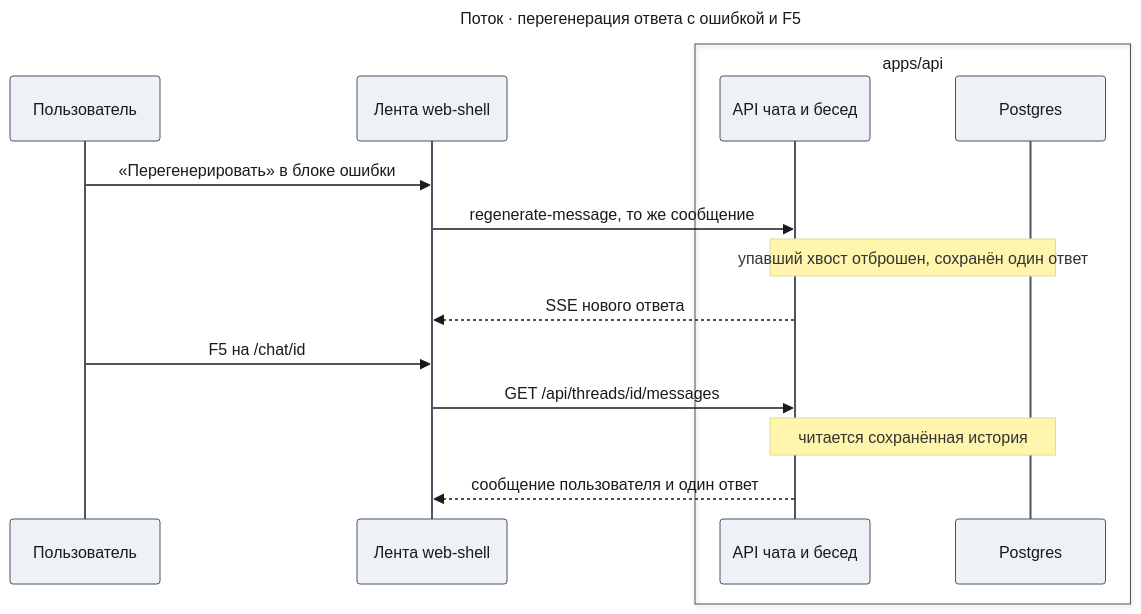
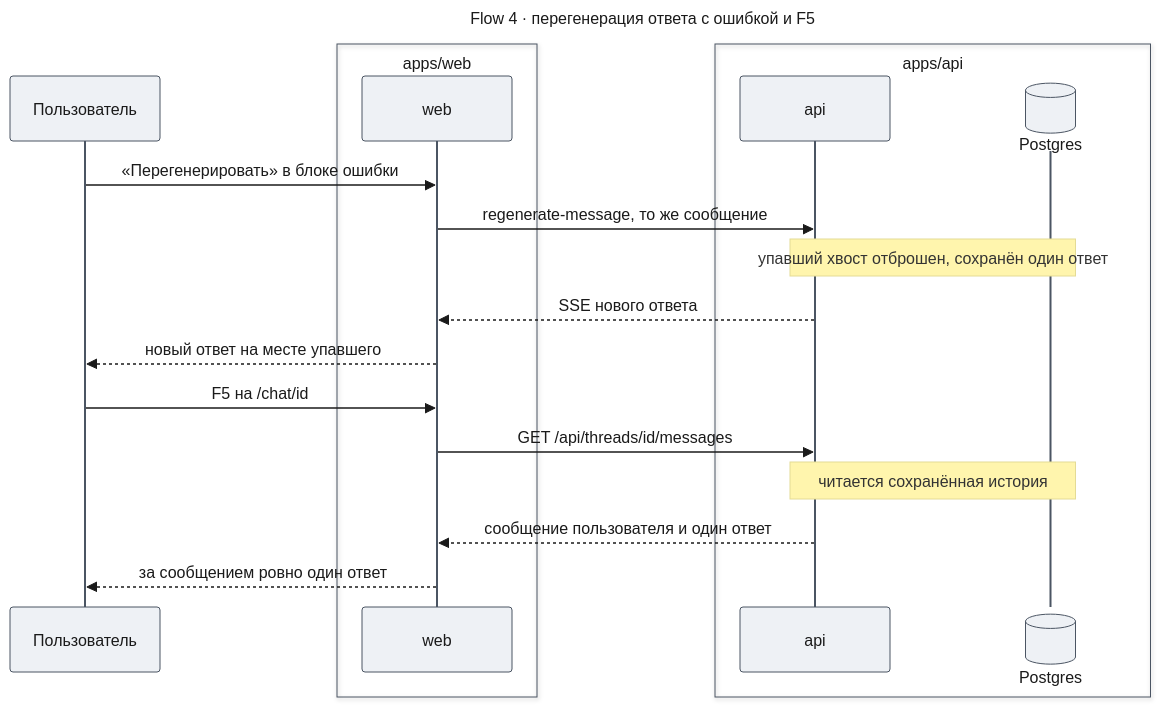
The tenth of 11 diagrams in docs/features/chat-shell/design-web-shell.md (tundraray/agent-os), drawn with Mermaid before and after one commit. The commit also changed other lines of this file and 10 other files, not shown here.

````diff
--- a/docs/features/chat-shell/design-web-shell.md
+++ b/docs/features/chat-shell/design-web-shell.md
@@ -1778,37 +950,43 @@
 ```mermaid
 ---
-title: "Поток · перегенерация ответа с ошибкой и F5"
+title: "Flow 4 · перегенерация ответа с ошибкой и F5"
 config:
   theme: base
   look: classic
   themeVariables:
     primaryColor: "#eef1f5"
     primaryBorderColor: "#4b5563"
     primaryTextColor: "#1a1a1a"
     lineColor: "#6b7280"
   themeCSS: |
-    @keyframes lit_rg{0%,15%{stroke:#991b1b;stroke-width:6px}16.7%,100%{stroke:#37474f;stroke-width:2px}}
-    @keyframes litr_rg{0%,15%{stroke:#1d4ed8;stroke-width:6px}16.7%,100%{stroke:#37474f;stroke-width:2px}}
-    .messageLine0[data-id='i0'],.messageLine1[data-id='i0']{animation:lit_rg 7.2s linear 0s infinite}
-    .messageLine0[data-id='i1'],.messageLine1[data-id='i1']{animation:lit_rg 7.2s linear 1.2s infinite}
-    .messageLine0[data-id='i3'],.messageLine1[data-id='i3']{animation:lit_rg 7.2s linear 2.4s infinite}
-    .messageLine0[data-id='i4'],.messageLine1[data-id='i4']{animation:litr_rg 7.2s linear 3.6s infinite}
-    .messageLine0[data-id='i5'],.messageLine1[data-id='i5']{animation:litr_rg 7.2s linear 4.8s infinite}
-    .messageLine0[data-id='i7'],.messageLine1[data-id='i7']{animation:litr_rg 7.2s linear 6s infinite}
+    @keyframes lit_f4{0%,11.25%{stroke:#991b1b;stroke-width:6px}12.5%,100%{stroke:#37474f;stroke-width:2px}}
+    @keyframes litr_f4{0%,11.25%{stroke:#1d4ed8;stroke-width:6px}12.5%,100%{stroke:#37474f;stroke-width:2px}}
+    .messageLine0[data-id='i0'],.messageLine1[data-id='i0']{animation:lit_f4 9.6s linear 0.0s infinite}
+    .messageLine0[data-id='i1'],.messageLine1[data-id='i1']{animation:lit_f4 9.6s linear 1.2s infinite}
+    .messageLine0[data-id='i3'],.messageLine1[data-id='i3']{animation:lit_f4 9.6s linear 2.4s infinite}
+    .messageLine0[data-id='i4'],.messageLine1[data-id='i4']{animation:lit_f4 9.6s linear 3.6s infinite}
+    .messageLine0[data-id='i5'],.messageLine1[data-id='i5']{animation:litr_f4 9.6s linear 4.8s infinite}
+    .messageLine0[data-id='i6'],.messageLine1[data-id='i6']{animation:litr_f4 9.6s linear 6.0s infinite}
+    .messageLine0[data-id='i8'],.messageLine1[data-id='i8']{animation:litr_f4 9.6s linear 7.2s infinite}
+    .messageLine0[data-id='i9'],.messageLine1[data-id='i9']{animation:litr_f4 9.6s linear 8.4s infinite}
 ---
 sequenceDiagram
     participant U as Пользователь
-    participant W as Лента web-shell
+    box apps/web
+        participant W as web
+    end
     box apps/api
-        participant A as API чата и бесед
-        participant D as Postgres
+        participant A as api
+        participant D@{ "type": "database" } as Postgres
     end
     U->>W: «Перегенерировать» в блоке ошибки
     W->>A: regenerate-message, то же сообщение
     Note over A,D: упавший хвост отброшен, сохранён один ответ
     A-->>W: SSE нового ответа
+    W-->>U: новый ответ на месте упавшего
     U->>W: F5 на /chat/id
     W->>A: GET /api/threads/id/messages
     Note over A,D: читается сохранённая история
     A-->>W: сообщение пользователя и один ответ
+    W-->>U: за сообщением ровно один ответ
 ```
````
